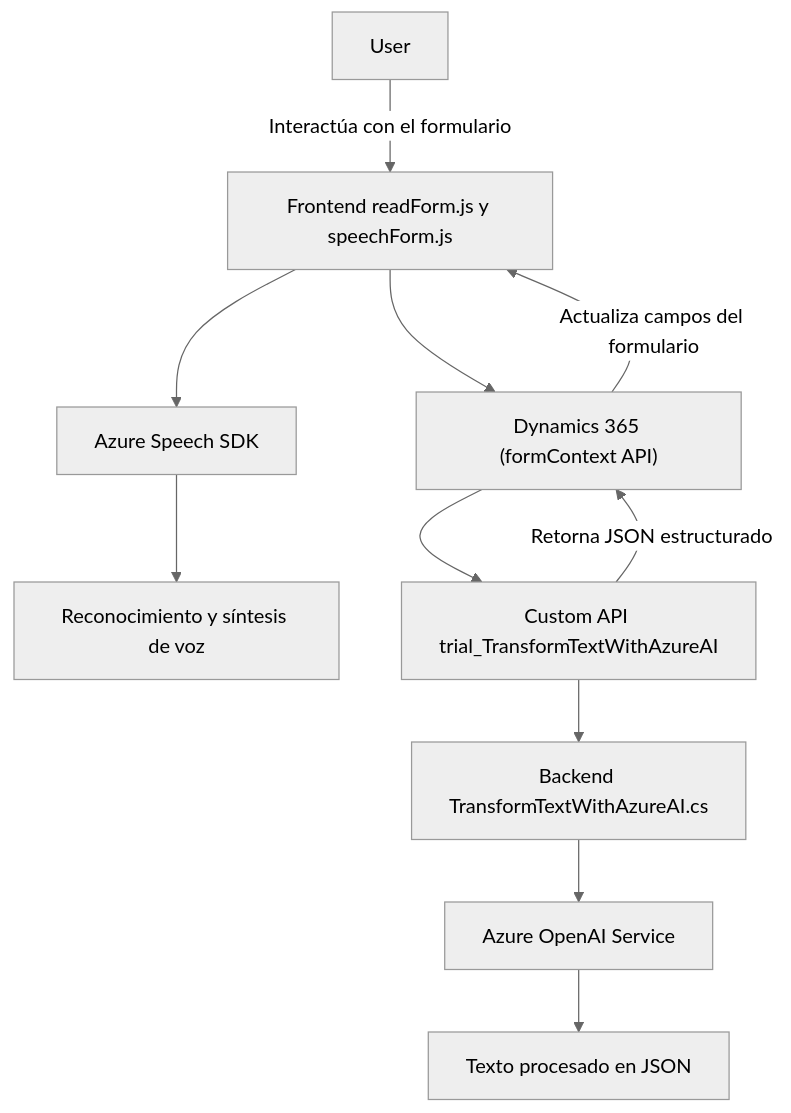
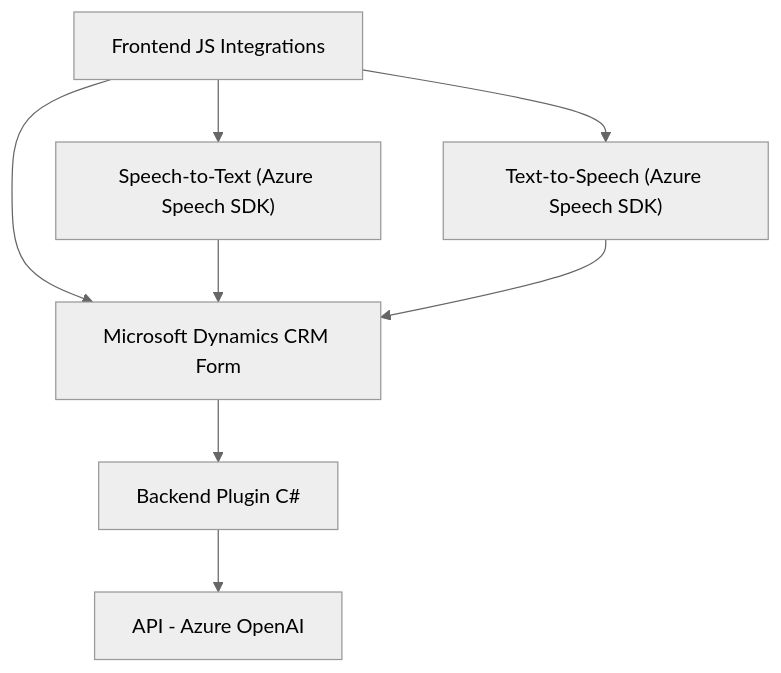
Before and after one commit to blopezdm/NETCORE_BILBAO2025: the diagram in README.md, drawn with Mermaid (neutral theme). The commit also changed other lines of this file, not shown here.

Commit message:
Actualizar análisis global de la solución con IA

````diff
--- a/README.md
+++ b/README.md
@@ -61,13 +59,17 @@
 ```mermaid
 graph TD
-    A["User"] -->|Interactúa con el formulario| B["Frontend readForm.js y speechForm.js"]
-    B --> C["Azure Speech SDK"]
-    B --> D["Dynamics 365 (formContext API)"]
-    C --> E["Reconocimiento y síntesis de voz"]
-    D --> F["Custom API trial_TransformTextWithAzureAI"]
-    F --> G["Backend TransformTextWithAzureAI.cs"]
-    G --> H["Azure OpenAI Service"]
-    H --> I["Texto procesado en JSON"]
-    F -->|Retorna JSON estructurado| D
-    D -->|Actualiza campos del formulario| B
+  A["Frontend JS Integrations"]
+  B["Speech-to-Text (Azure Speech SDK)"]
+  C["Text-to-Speech (Azure Speech SDK)"]
+  D["Microsoft Dynamics CRM Form"]
+  E["Backend Plugin C#"]
+  F["API - Azure OpenAI"]
+  
+  A --> B
+  A --> C
+  A --> D
+  E --> F
+  D --> E
+  B --> D
+  C --> D
 ```
````
